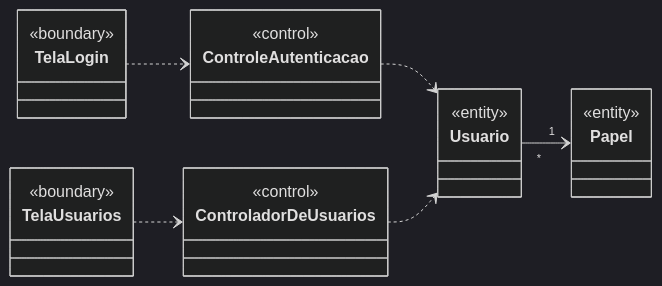
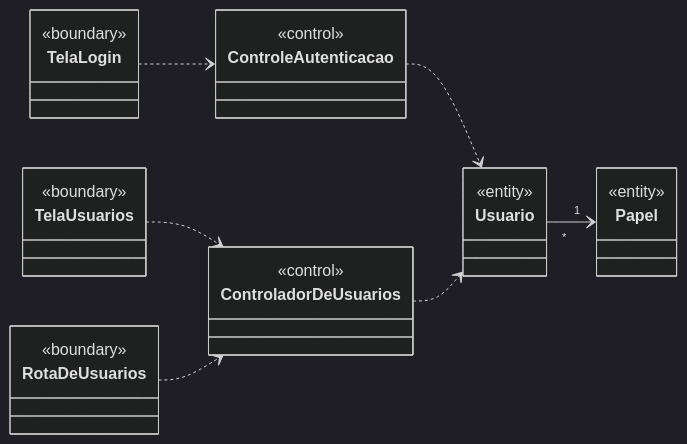
One commit to beatrizmontenegro07/projeto-metodos changed the diagram in docs/05-analise.md. Above: the diagram before and after it, drawn with Mermaid (dark theme). The commit also changed other lines of this file and 15 other files, not shown here.

````diff
--- a/docs/05-analise.md
+++ b/docs/05-analise.md
@@ -9,20 +9,22 @@
 ```mermaid
 classDiagram
     direction LR
 
     class TelaLogin { <<boundary>> }
     class TelaUsuarios { <<boundary>> }
+    class RotaDeUsuarios { <<boundary>> }
 
     class ControleAutenticacao { <<control>> }
     class ControladorDeUsuarios { <<control>> }
 
     class Usuario { <<entity>> }
     class Papel { <<entity>> }
 
     Usuario "*" --> "1" Papel
 
     TelaLogin ..> ControleAutenticacao
     TelaUsuarios ..> ControladorDeUsuarios
+    RotaDeUsuarios ..> ControladorDeUsuarios
     ControleAutenticacao ..> Usuario
     ControladorDeUsuarios ..> Usuario
 ```
````
